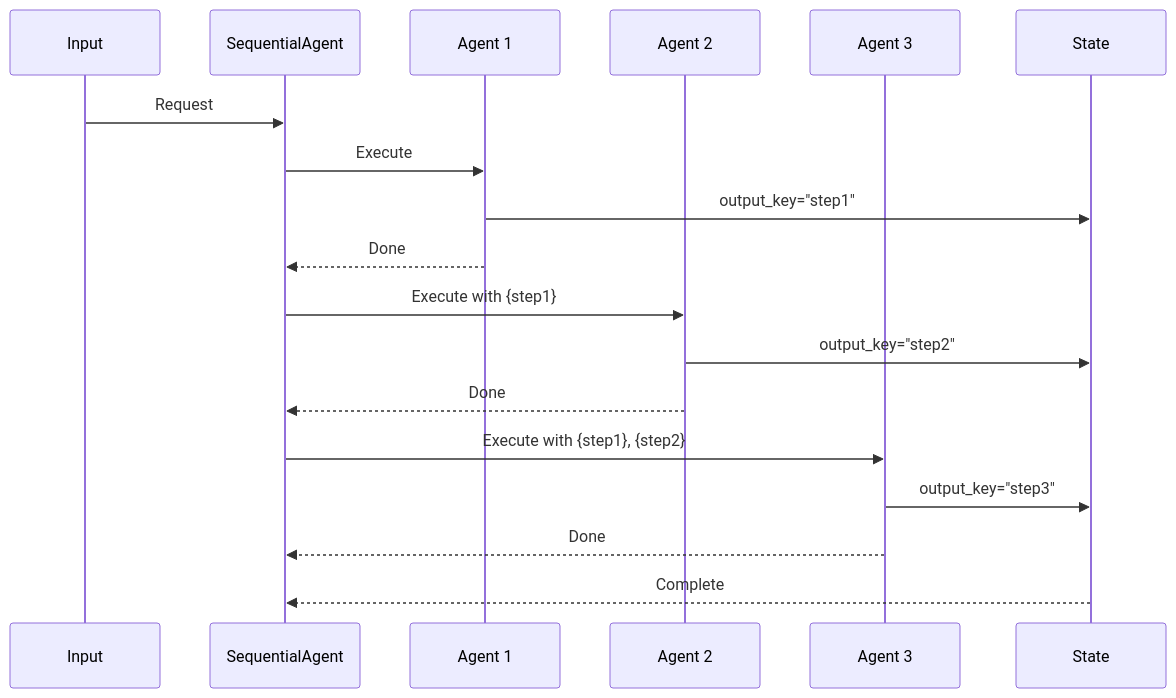
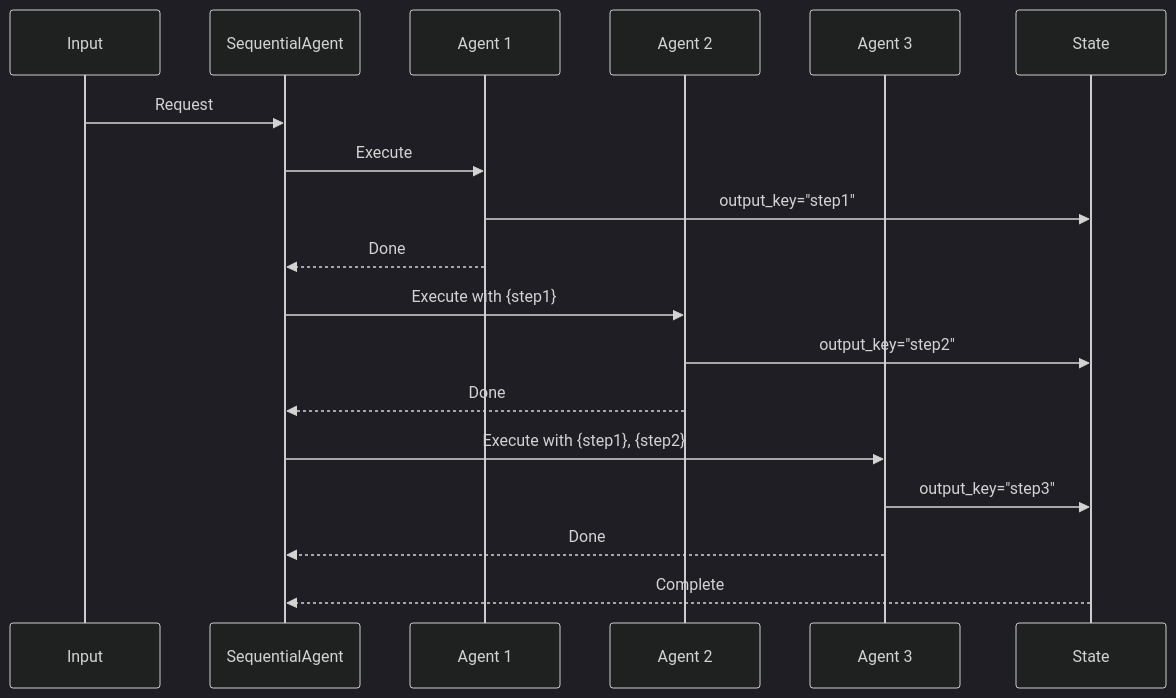
The ninth of 37 diagrams in docs/10_UNIFIED_THEORY.md (xkrajnan/Agentic_Design_Patterns), drawn with Mermaid before and after one commit. The commit also changed other lines of this file, not shown here.

First line of the commit message:
Improve Mermaid diagram contrast for dark mode viewing

````diff
--- a/docs/10_UNIFIED_THEORY.md
+++ b/docs/10_UNIFIED_THEORY.md
@@ -511,25 +519,26 @@
 ```mermaid
+%%{init: {'theme':'dark'}}%%
 sequenceDiagram
     participant Input
     participant SA as SequentialAgent
     participant A1 as Agent 1
     participant A2 as Agent 2
     participant A3 as Agent 3
     participant State
 
     Input->>SA: Request
 
     SA->>A1: Execute
     A1->>State: output_key="step1"
     A1-->>SA: Done
 
     SA->>A2: Execute with {step1}
     A2->>State: output_key="step2"
     A2-->>SA: Done
 
     SA->>A3: Execute with {step1}, {step2}
     A3->>State: output_key="step3"
     A3-->>SA: Done
 
     State-->>SA: Complete
 ```
````
